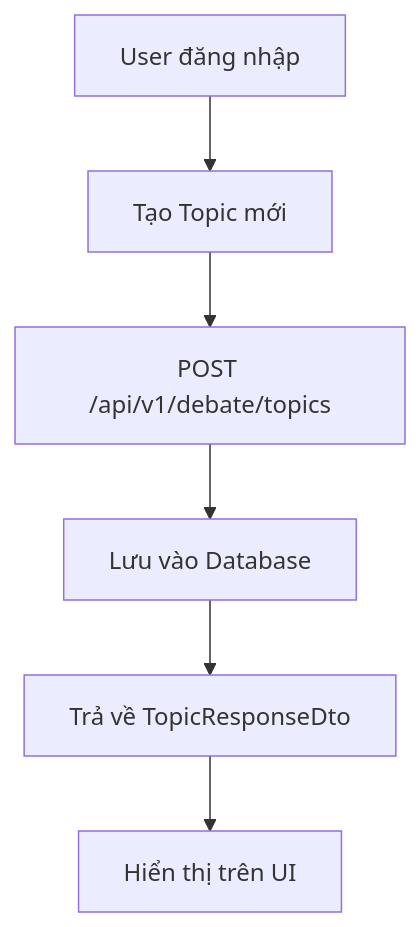
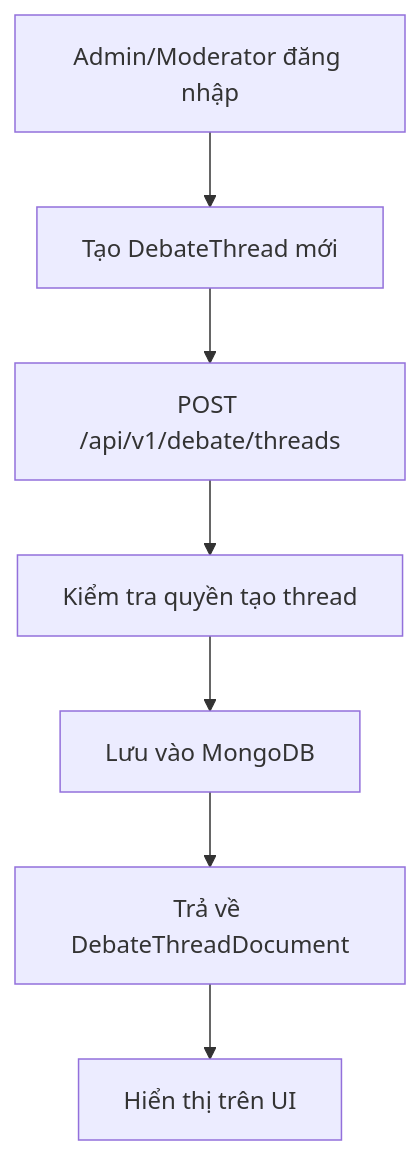
One commit to server-craftsman/hcm201-restApi-with-nestjs-postgres changed the first of 7 diagrams in DEBATE_SYSTEM_FLOW.md. Above: the diagram before and after it, drawn with Mermaid. The commit also changed other lines of this file and 50 other files, not shown here.

First line of the commit message:
refactor(Debate System to use MongoDB with Mongoose and remove Prisma integration):

````diff
--- a/DEBATE_SYSTEM_FLOW.md
+++ b/DEBATE_SYSTEM_FLOW.md
@@ -14,8 +106,9 @@
 ```mermaid
 graph TD
-    A[User đăng nhập] --> B[Tạo Topic mới]
-    B --> C[POST /api/v1/debate/topics]
-    C --> D[Lưu vào Database]
-    D --> E[Trả về TopicResponseDto]
-    E --> F[Hiển thị trên UI]
+    A[Admin/Moderator đăng nhập] --> B[Tạo DebateThread mới]
+    B --> C[POST /api/v1/debate/threads]
+    C --> D[Kiểm tra quyền tạo thread]
+    D --> E[Lưu vào MongoDB]
+    E --> F[Trả về DebateThreadDocument]
+    F --> G[Hiển thị trên UI]
 ```
````
